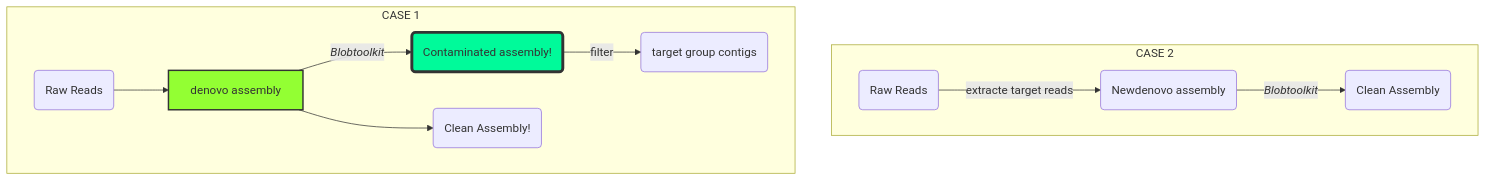
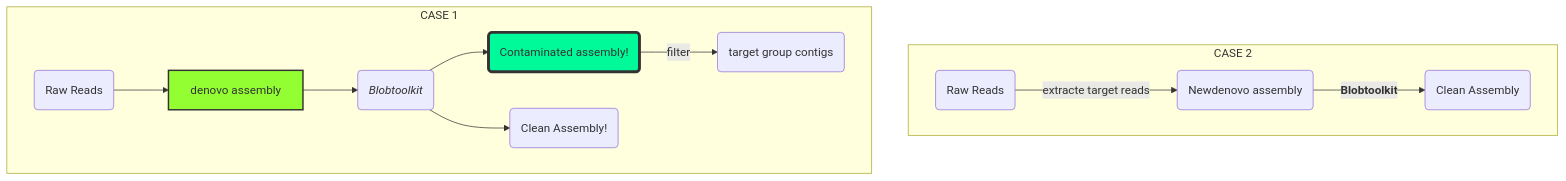
Before and after one commit to SolayMane/BTKCourse: the diagram in README.md, drawn with Mermaid. The commit also changed other lines of this file, not shown here.

````diff
--- a/README.md
+++ b/README.md
@@ -15,21 +15,23 @@
 ```mermaid
 graph TB
 subgraph CASE 2
     er(Raw Reads) -->|extracte target reads| aa(Newdenovo assembly)
-    aa -- <i>Blobtoolkit --> t(Clean Assembly)
+    aa -- <b>Blobtoolkit --> t(Clean Assembly)
    
   end
   subgraph CASE 1
     tt(Raw Reads) --> a
-    a[denovo assembly] -- <i>Blobtoolkit --> b(Contaminated assembly!)
+    a[denovo assembly] --> rr(<i>Blobtoolkit)
+    rr --> b(Contaminated assembly!)
+   
 
-    a --> zz(Clean Assembly!)
+    rr --> zz(Clean Assembly!)
     b -->|filter| EE(target group contigs)
   end
   
         classDef green fill:#93FF33,stroke:#333,stroke-width:2px
         classDef blue fill:#00FA9A,stroke:#333,stroke-width:4px
        
         class g,a,h green
         class b,c,d,e,f blue
  ```      
````
